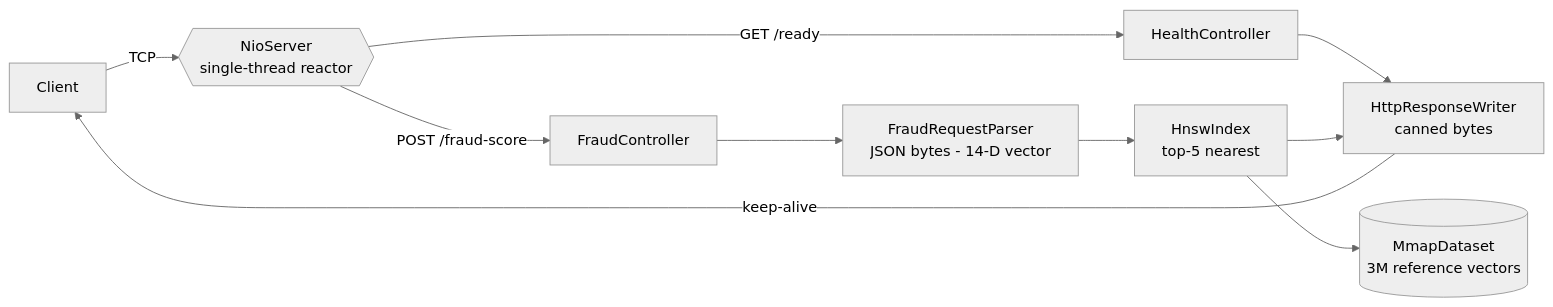
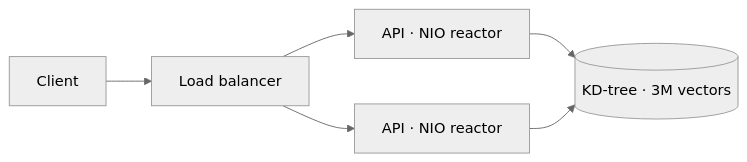
The diagram in README.md (arthurd3/fraud-detection), drawn with Mermaid (neutral theme) before and after one commit. The commit also changed other lines of this file, not shown here.

````diff
--- a/README.md
+++ b/README.md
@@ -67,12 +35,8 @@
 ```mermaid
 flowchart LR
-    C[Client] -->|TCP| S{{NioServer<br/>single-thread reactor}}
-    S -->|GET /ready| HC[HealthController]
-    S -->|POST /fraud-score| FC[FraudController]
-    HC --> W[HttpResponseWriter<br/>canned bytes]
-    FC --> P[FraudRequestParser<br/>JSON bytes - 14-D vector]
-    P --> K[HnswIndex<br/>top-5 nearest]
-    K --> D[(MmapDataset<br/>3M reference vectors)]
-    K --> W
-    W -->|keep-alive| C
+    C[Client] --> LB[Load balancer]
+    LB --> A1[API · NIO reactor]
+    LB --> A2[API · NIO reactor]
+    A1 --> KD[(KD-tree · 3M vectors)]
+    A2 --> KD
 ```
````
